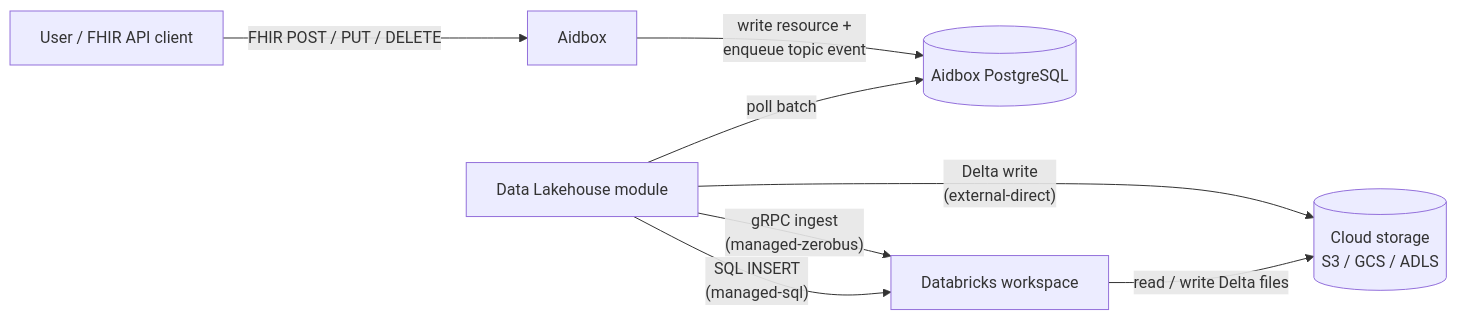
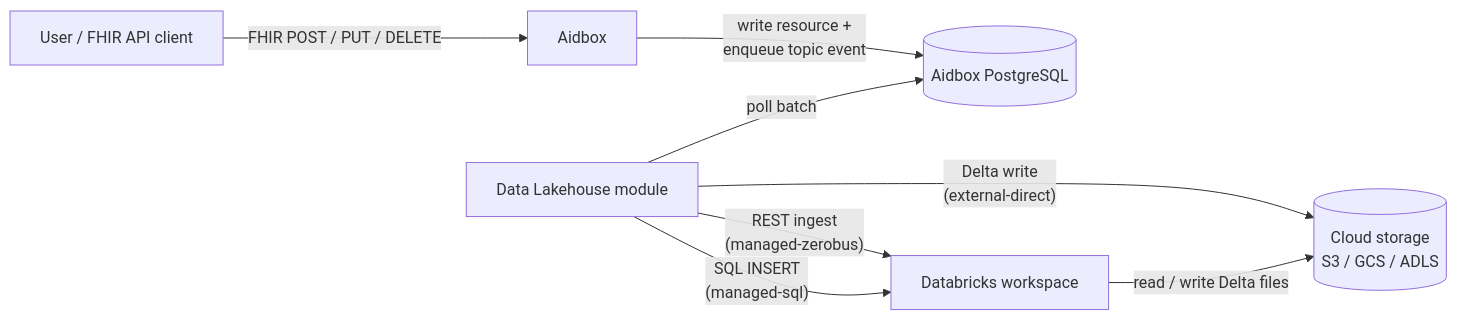
One commit to HealthSamurai/aidbox-docs changed the first of 6 diagrams in docs/tutorials/subscriptions-tutorials/data-lakehouse-aidboxtopicdestination.md. Above: the diagram before and after it, drawn with Mermaid. The commit also changed other lines of this file, not shown here.

First line of the commit message:
deltalake tutorial: gRPC→REST + HTML width on remaining parameter tables

````diff
--- a/docs/tutorials/subscriptions-tutorials/data-lakehouse-aidboxtopicdestination.md
+++ b/docs/tutorials/subscriptions-tutorials/data-lakehouse-aidboxtopicdestination.md
@@ -68,17 +68,17 @@
 ```mermaid
 graph LR
     Client[User / FHIR API client]:::blue2
     Aidbox[Aidbox]:::blue2
     PG[(Aidbox PostgreSQL)]:::neutral2
     Mod[Data Lakehouse module]:::yellow2
     DBX[Databricks workspace]:::green2
     FS[(Cloud storage<br/>S3 / GCS / ADLS)]:::violet2
 
     Client -- FHIR POST / PUT / DELETE --> Aidbox
     Aidbox -- write resource +<br/>enqueue topic event --> PG
     Mod -- poll batch --> PG
-    Mod -- gRPC ingest<br/>(managed-zerobus) --> DBX
+    Mod -- REST ingest<br/>(managed-zerobus) --> DBX
     Mod -- SQL INSERT<br/>(managed-sql) --> DBX
     Mod -- Delta write<br/>(external-direct) --> FS
     DBX -- read / write Delta files --> FS
 ```
````
